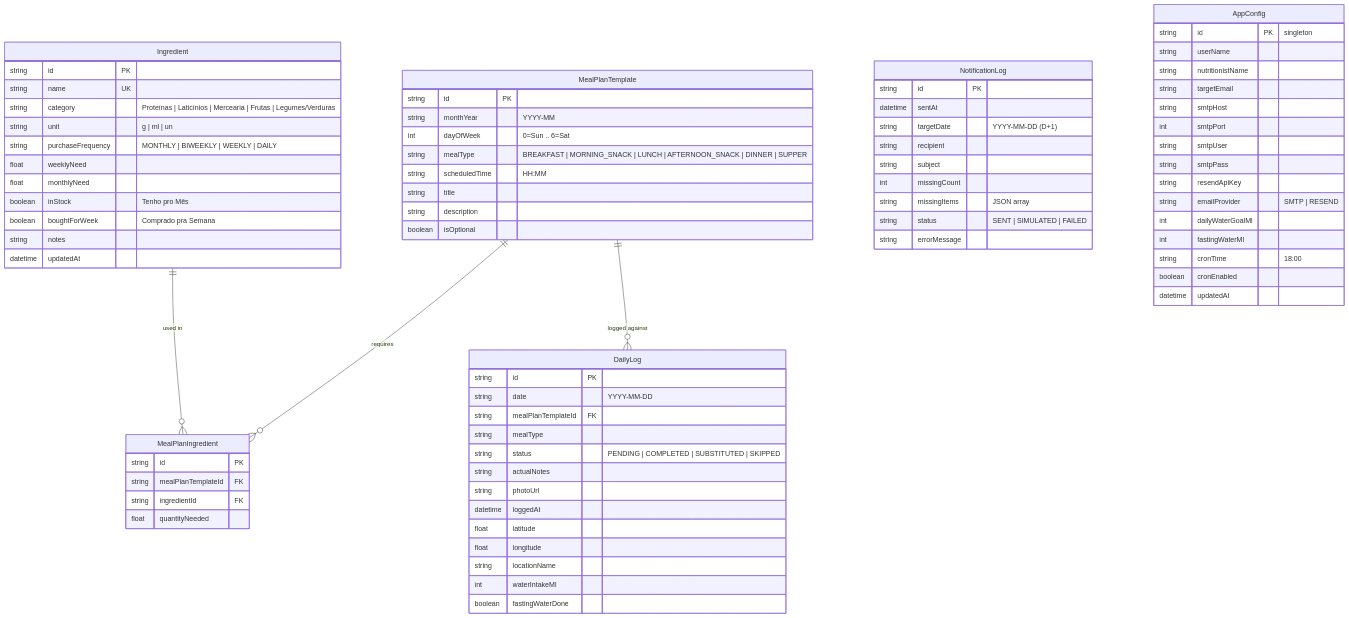
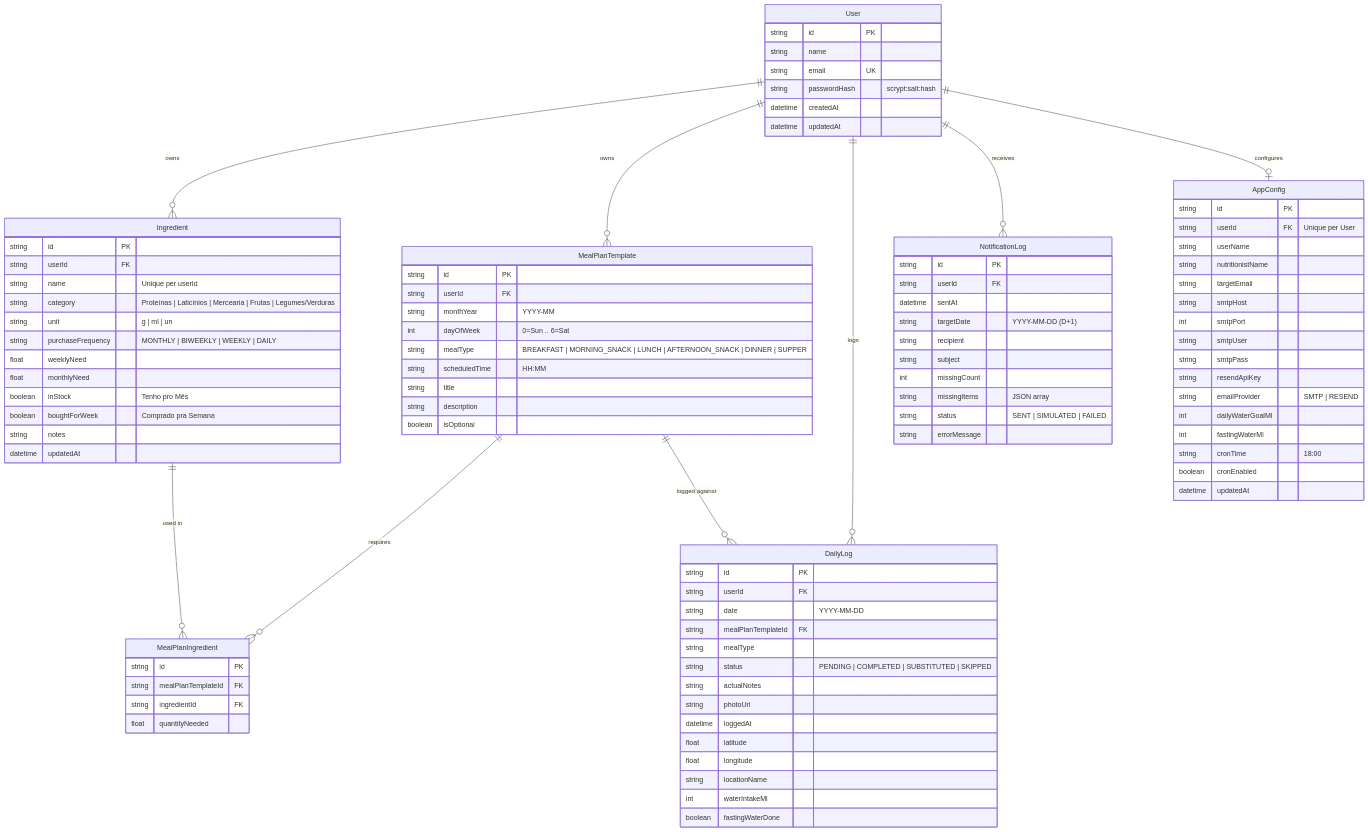
One commit to Celta031/NutriTrack-OS changed the third of 3 diagrams in docs/SDD.md. Above: the diagram before and after it, drawn with Mermaid. The commit also changed other lines of this file and 24 other files, not shown here.

````diff
--- a/docs/SDD.md
+++ b/docs/SDD.md
@@ -110,12 +120,27 @@
 ```mermaid
 erDiagram
+    User ||--o{ Ingredient : "owns"
+    User ||--o{ MealPlanTemplate : "owns"
+    User ||--o{ DailyLog : "logs"
+    User ||--o{ NotificationLog : "receives"
+    User ||--o| AppConfig : "configures"
     Ingredient ||--o{ MealPlanIngredient : "used in"
     MealPlanTemplate ||--o{ MealPlanIngredient : "requires"
     MealPlanTemplate ||--o{ DailyLog : "logged against"
 
+    User {
+        string id PK
+        string name
+        string email UK
+        string passwordHash "scrypt:salt:hash"
+        datetime createdAt
+        datetime updatedAt
+    }
+
     Ingredient {
         string id PK
-        string name UK
+        string userId FK
+        string name "Unique per userId"
         string category "Proteínas | Laticínios | Mercearia | Frutas | Legumes/Verduras"
         string unit "g | ml | un"
         string purchaseFrequency "MONTHLY | BIWEEKLY | WEEKLY | DAILY"
@@ -129,6 +154,7 @@
 
     MealPlanTemplate {
         string id PK
+        string userId FK
         string monthYear "YYYY-MM"
         int dayOfWeek "0=Sun .. 6=Sat"
         string mealType "BREAKFAST | MORNING_SNACK | LUNCH | AFTERNOON_SNACK | DINNER | SUPPER"
@@ -147,6 +173,7 @@
 
     DailyLog {
         string id PK
+        string userId FK
         string date "YYYY-MM-DD"
         string mealPlanTemplateId FK
         string mealType
@@ -163,6 +190,7 @@
 
     NotificationLog {
         string id PK
+        string userId FK
         datetime sentAt
         string targetDate "YYYY-MM-DD (D+1)"
         string recipient
@@ -174,7 +202,8 @@
     }
 
     AppConfig {
-        string id PK "singleton"
+        string id PK
+        string userId FK "Unique per User"
         string userName
         string nutritionistName
         string targetEmail
````
